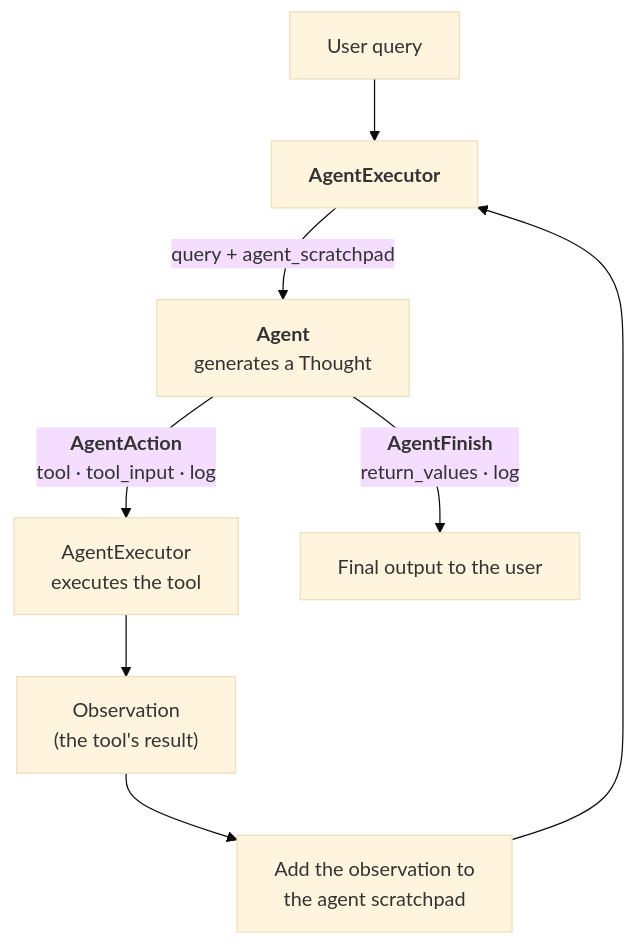
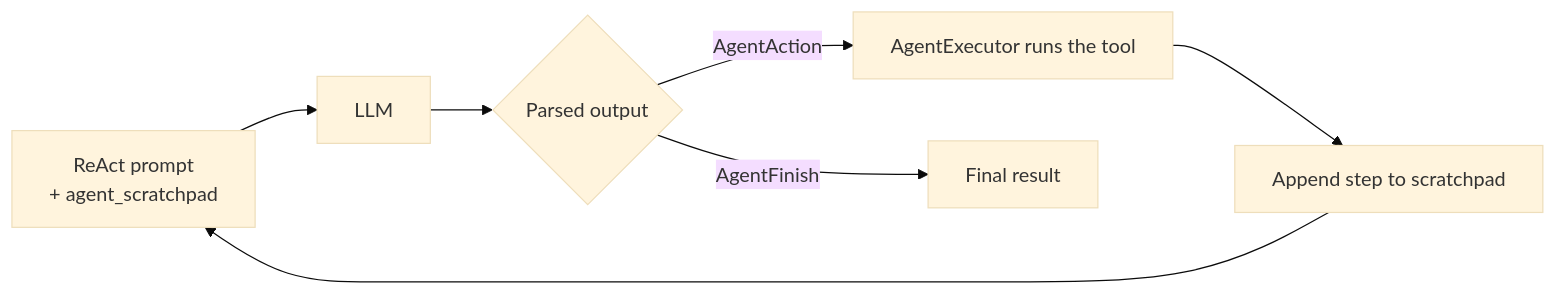
One commit to sumanth-tp/learn-ai-ml changed the tenth of 12 diagrams in docs/genai/20-ai-agent.md. Above: the diagram before and after it, drawn with Mermaid (base theme). The commit also changed other lines of this file and 5 other files, not shown here.

````diff
--- a/docs/genai/20-ai-agent.md
+++ b/docs/genai/20-ai-agent.md
@@ -269,10 +490,9 @@
 ```mermaid
-flowchart TB
-    U["User query"] --> EX["<b>AgentExecutor</b>"]
-    EX -->|"query + agent_scratchpad"| AG["<b>Agent</b><br/>generates a Thought"]
-    AG -->|"<b>AgentAction</b><br/>tool · tool_input · log"| EX2["AgentExecutor<br/>executes the tool"]
-    EX2 --> OBS["Observation<br/>(the tool's result)"]
-    OBS --> UP["Add the observation to<br/>the agent scratchpad"]
-    UP --> EX
-    AG -->|"<b>AgentFinish</b><br/>return_values · log"| OUT["Final output to the user"]
+flowchart LR
+    P["ReAct prompt<br/>+ agent_scratchpad"] --> L["LLM"]
+    L --> X{"Parsed output"}
+    X -->|AgentAction| E["AgentExecutor runs the tool"]
+    E --> S["Append step to scratchpad"]
+    S --> P
+    X -->|AgentFinish| R["Final result"]
 ```
````
